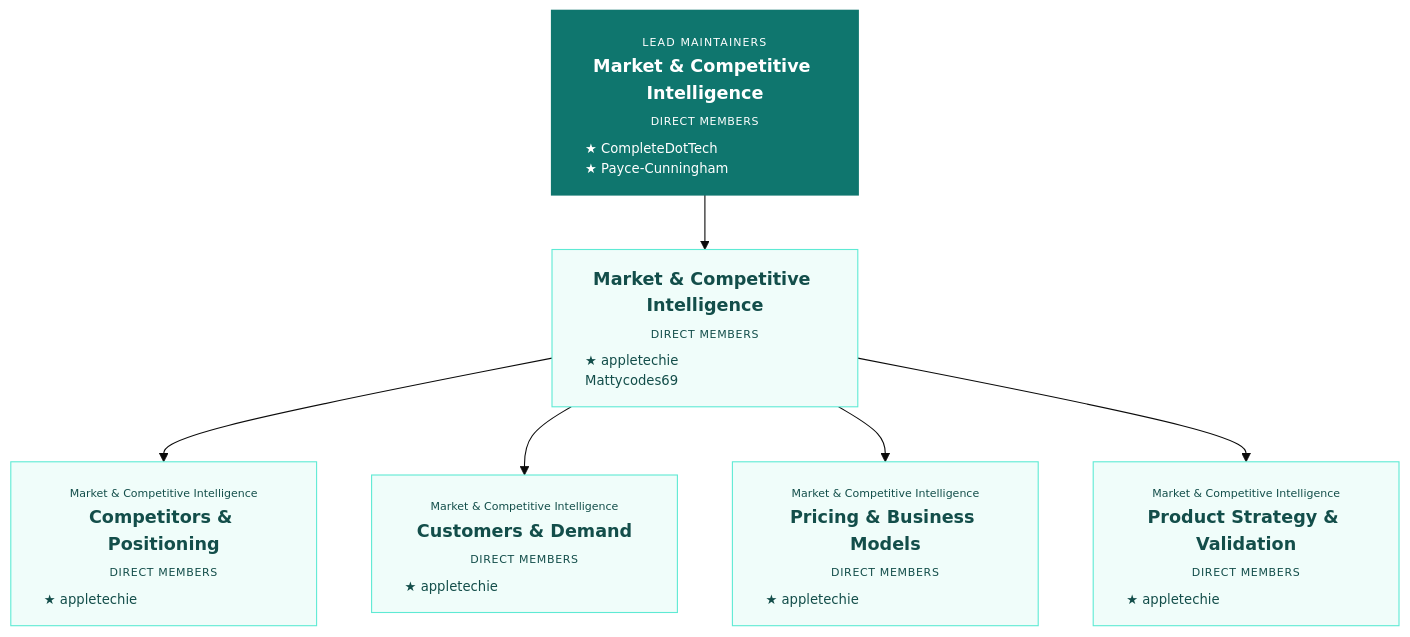
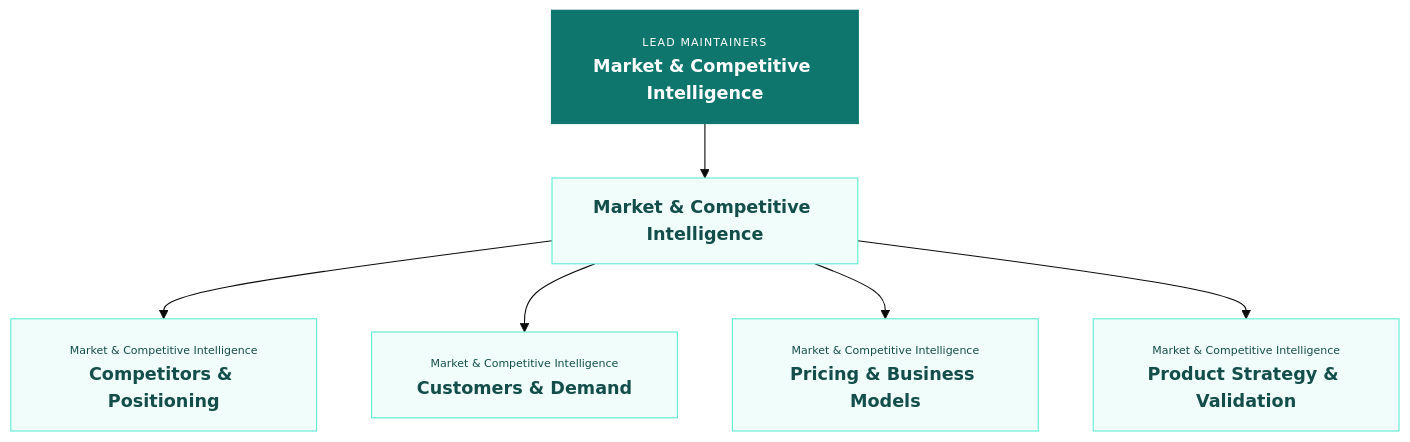
Before and after one commit to Pick-Your-AI/.github: the diagram in docs/organization/snapshots/2026-10-29/area-market-competitive-intelligence.mmd, drawn with Mermaid (base theme). The commit also changed 53 other files, not shown here.

Commit message:
Remove private membership data from public organization charts

```diff
--- a/docs/organization/snapshots/2026-10-29/area-market-competitive-intelligence.mmd
+++ b/docs/organization/snapshots/2026-10-29/area-market-competitive-intelligence.mmd
@@ -1,33 +1,33 @@
-%% Live GitHub snapshot 2026-10-30T02:33:56.069534+00:00
-%% Includes all direct members and pending invitees.
+%% Historical team hierarchy captured 2026-10-30T02:33:56.069534+00:00
+%% Public team structure only; personal data excluded.
 flowchart TB
- team_20398066["<div style='width:218px;text-align:center;line-height:1.5'><span style='font-size:10px;letter-spacing:1px'>LEAD MAINTAINERS</span><br/><b>Market &amp; Competitive Intelligence</b><br/><span style='font-size:10px;letter-spacing:0.6px'>DIRECT MEMBERS</span><div style='font-size:12px;text-align:left;margin-top:5px'>★ CompleteDotTech<br/>★ Payce-Cunningham</div></div>"]:::researchLead
- team_20184157["<div style='width:218px;text-align:center;line-height:1.5'><b>Market &amp; Competitive Intelligence</b><br/><span style='font-size:10px;letter-spacing:0.6px'>DIRECT MEMBERS</span><div style='font-size:12px;text-align:left;margin-top:5px'>★ appletechie<br/>Mattycodes69</div></div>"]:::research
- team_20423809["<div style='width:218px;text-align:center;line-height:1.5'><span style='font-size:10px'>Market &amp; Competitive Intelligence</span><br/><b>Competitors &amp; Positioning</b><br/><span style='font-size:10px;letter-spacing:0.6px'>DIRECT MEMBERS</span><div style='font-size:12px;text-align:left;margin-top:5px'>★ appletechie</div></div>"]:::research
- team_20423812["<div style='width:218px;text-align:center;line-height:1.5'><span style='font-size:10px'>Market &amp; Competitive Intelligence</span><br/><b>Customers &amp; Demand</b><br/><span style='font-size:10px;letter-spacing:0.6px'>DIRECT MEMBERS</span><div style='font-size:12px;text-align:left;margin-top:5px'>★ appletechie</div></div>"]:::research
- team_20423813["<div style='width:218px;text-align:center;line-height:1.5'><span style='font-size:10px'>Market &amp; Competitive Intelligence</span><br/><b>Pricing &amp; Business Models</b><br/><span style='font-size:10px;letter-spacing:0.6px'>DIRECT MEMBERS</span><div style='font-size:12px;text-align:left;margin-top:5px'>★ appletechie</div></div>"]:::research
- team_20423815["<div style='width:218px;text-align:center;line-height:1.5'><span style='font-size:10px'>Market &amp; Competitive Intelligence</span><br/><b>Product Strategy &amp; Validation</b><br/><span style='font-size:10px;letter-spacing:0.6px'>DIRECT MEMBERS</span><div style='font-size:12px;text-align:left;margin-top:5px'>★ appletechie</div></div>"]:::research
+ team_20398066["<div style='width:218px;text-align:center;line-height:1.5'><span style='font-size:10px;letter-spacing:1px'>LEAD MAINTAINERS</span><br/><b>Market &amp; Competitive Intelligence</b></div>"]:::researchLead
+ team_20184157["<div style='width:218px;text-align:center;line-height:1.5'><b>Market &amp; Competitive Intelligence</b></div>"]:::research
+ team_20423809["<div style='width:218px;text-align:center;line-height:1.5'><span style='font-size:10px'>Market &amp; Competitive Intelligence</span><br/><b>Competitors &amp; Positioning</b></div>"]:::research
+ team_20423812["<div style='width:218px;text-align:center;line-height:1.5'><span style='font-size:10px'>Market &amp; Competitive Intelligence</span><br/><b>Customers &amp; Demand</b></div>"]:::research
+ team_20423813["<div style='width:218px;text-align:center;line-height:1.5'><span style='font-size:10px'>Market &amp; Competitive Intelligence</span><br/><b>Pricing &amp; Business Models</b></div>"]:::research
+ team_20423815["<div style='width:218px;text-align:center;line-height:1.5'><span style='font-size:10px'>Market &amp; Competitive Intelligence</span><br/><b>Product Strategy &amp; Validation</b></div>"]:::research
  team_20398066 --> team_20184157
  team_20184157 --> team_20423809
  team_20184157 --> team_20423812
  team_20184157 --> team_20423813
  team_20184157 --> team_20423815
 
  classDef owner fill:#102f3e,stroke:#102f3e,color:#fff,stroke-width:2px;
  classDef governance fill:#edf2f7,stroke:#94a3b8,color:#243c4b;
  classDef researchLead fill:#0f766e,stroke:#0f766e,color:#fff,stroke-width:2px;
  classDef research fill:#f0fdfa,stroke:#5eead4,color:#134e4a;
  classDef webLead fill:#1d4ed8,stroke:#1d4ed8,color:#fff,stroke-width:2px;
  classDef web fill:#eff6ff,stroke:#93c5fd,color:#1e3a8a;
  classDef mobileLead fill:#6d28d9,stroke:#6d28d9,color:#fff,stroke-width:2px;
  classDef mobile fill:#f5f3ff,stroke:#c4b5fd,color:#4c1d95;
  classDef educationLead fill:#c2410c,stroke:#c2410c,color:#fff,stroke-width:2px;
  classDef education fill:#fff7ed,stroke:#fdba74,color:#7c2d12;
  classDef community fill:#fffbeb,stroke:#fbbf24,color:#78350f;
 
  click team_20398066 "https://github.com/orgs/Pick-Your-AI/teams/lead-maintainers-market-competitive-intelligence" "Lead Maintainers - Market &amp; Competitive Intelligence" _blank
  click team_20184157 "https://github.com/orgs/Pick-Your-AI/teams/market-competitive-intelligence" "Market &amp; Competitive Intelligence" _blank
  click team_20423809 "https://github.com/orgs/Pick-Your-AI/teams/market-competitive-intelligence-competitors-positioning" "Market &amp; Competitive Intelligence - Competitors &amp; Positioning" _blank
  click team_20423812 "https://github.com/orgs/Pick-Your-AI/teams/market-competitive-intelligence-customers-demand" "Market &amp; Competitive Intelligence - Customers &amp; Demand" _blank
  click team_20423813 "https://github.com/orgs/Pick-Your-AI/teams/market-competitive-intelligence-pricing-business-models" "Market &amp; Competitive Intelligence - Pricing &amp; Business Models" _blank
  click team_20423815 "https://github.com/orgs/Pick-Your-AI/teams/market-competitive-intelligence-product-strategy-validation" "Market &amp; Competitive Intelligence - Product Strategy &amp; Validation" _blank
```
